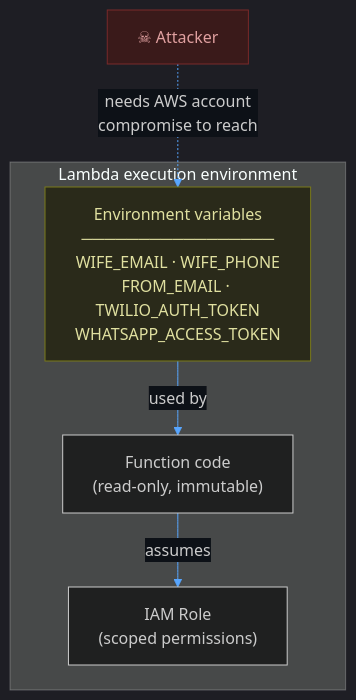
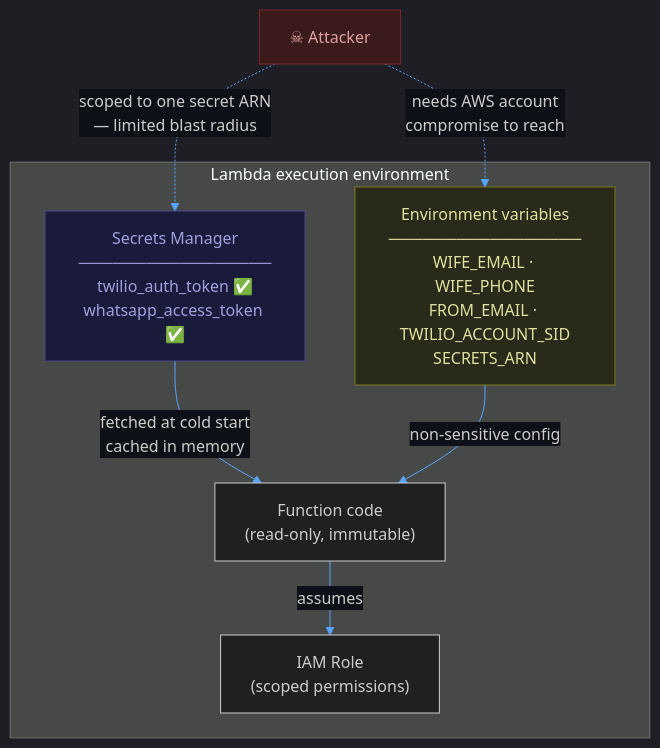
One commit to baldrickuk/washingmachine-notifications changed the third of 6 diagrams in docs/threat-model.md. Above: the diagram before and after it, drawn with Mermaid. The commit also changed other lines of this file and 1 other file, not shown here.

First line of the commit message:
Update architecture and threat model docs

````diff
--- a/docs/threat-model.md
+++ b/docs/threat-model.md
@@ -109,17 +121,21 @@
 ```mermaid
 %%{init: {'theme': 'dark', 'themeVariables': {'primaryColor': '#1e3a5f', 'primaryTextColor': '#c9d1d9', 'primaryBorderColor': '#4a7ab5', 'lineColor': '#58a6ff', 'edgeLabelBackground': '#0d1117'}}}%%
 
 flowchart TD
     subgraph env ["Lambda execution environment"]
-        EV["Environment variables\n─────────────────\nWIFE_EMAIL · WIFE_PHONE\nFROM_EMAIL · TWILIO_AUTH_TOKEN\nWHATSAPP_ACCESS_TOKEN"]
+        EV["Environment variables\n─────────────────\nWIFE_EMAIL · WIFE_PHONE\nFROM_EMAIL · TWILIO_ACCOUNT_SID\nSECRETS_ARN"]
+        SM["Secrets Manager\n─────────────────\ntwilio_auth_token ✅\nwhatsapp_access_token ✅"]
         CODE["Function code\n(read-only, immutable)"]
         ROLE["IAM Role\n(scoped permissions)"]
     end
 
     ATTACKER["☠ Attacker"] -. "needs AWS account\ncompromise to reach" .-> EV
-    EV -->|"used by"| CODE
+    ATTACKER -. "scoped to one secret ARN\n— limited blast radius" .-> SM
+    SM -->|"fetched at cold start\ncached in memory"| CODE
+    EV -->|"non-sensitive config"| CODE
     CODE -->|"assumes"| ROLE
 
     style ATTACKER fill:#3a1a1a,stroke:#7a2a2a,color:#e0a0a0
     style EV fill:#2a2a1a,stroke:#7a7a1a,color:#e0e0a0
+    style SM fill:#1a1a3a,stroke:#4a4a8a,color:#a0a0e0
 ```
````
